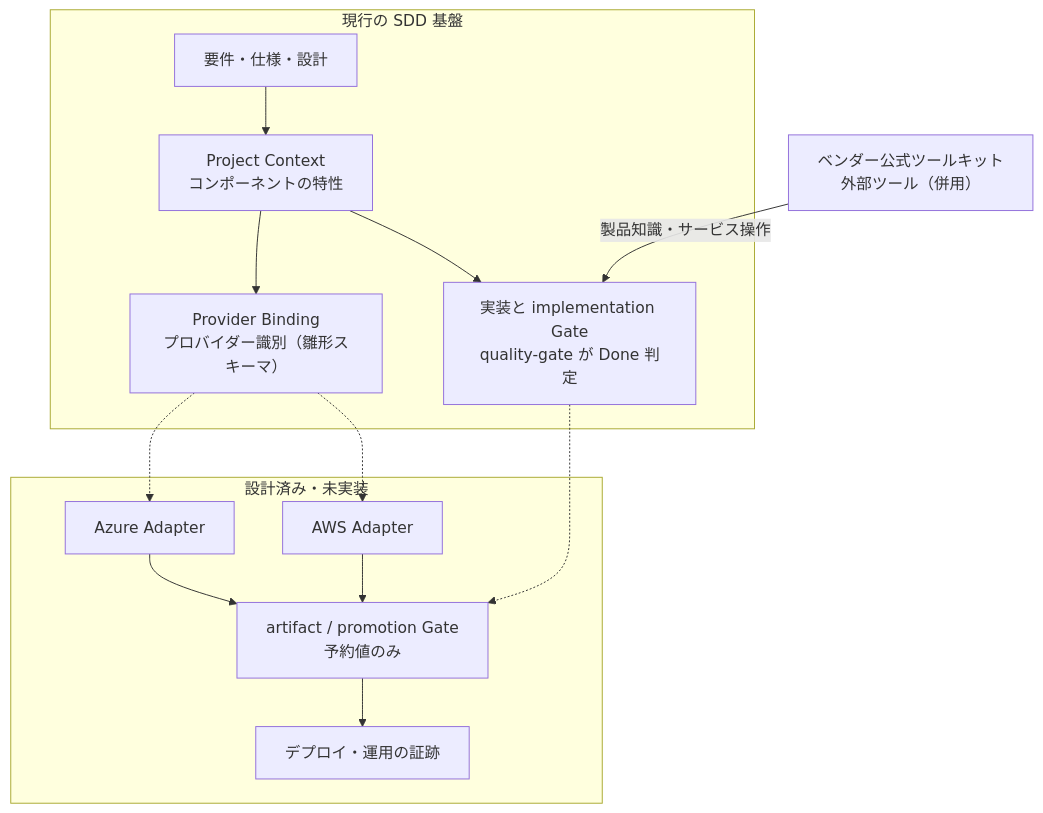
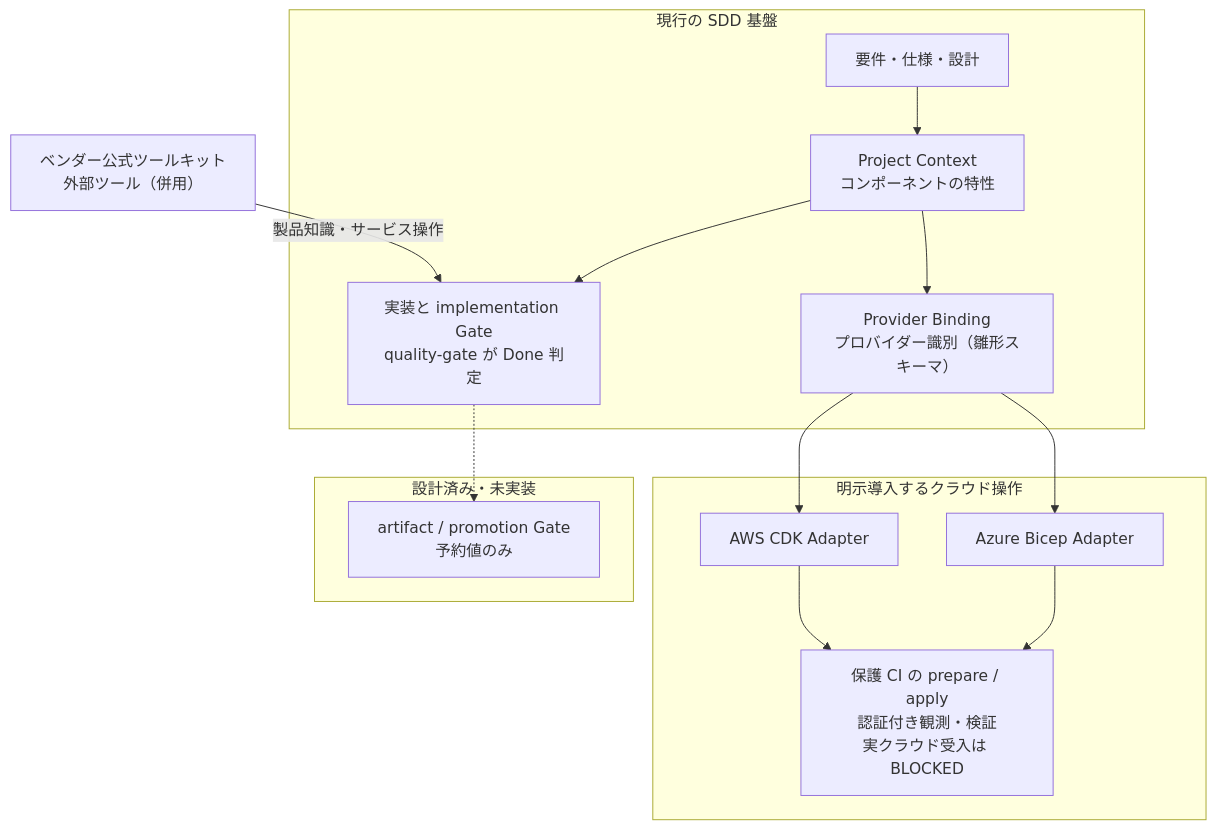
Before and after one commit to aharada54914/sdd-forge: the first of 2 diagrams in docs/cloud/README.md, drawn with Mermaid. The commit also changed other lines of this file and 206 other files, not shown here.

First line of the commit message:
fix: restore Azure and AWS orchestration for v1.22.1

````diff
--- a/docs/cloud/README.md
+++ b/docs/cloud/README.md
@@ -30,25 +33,26 @@
 ```mermaid
 flowchart TB
     subgraph CORE["現行の SDD 基盤"]
         A["要件・仕様・設計"]
         B["Project Context<br/>コンポーネントの特性"]
         C["実装と implementation Gate<br/>quality-gate が Done 判定"]
         D["Provider Binding<br/>プロバイダー識別（雛形スキーマ）"]
         A --> B --> C
         B --> D
     end
     V["ベンダー公式ツールキット<br/>外部ツール（併用）"]
+    subgraph CLOUD["明示導入するクラウド操作"]
+        E["Azure Bicep Adapter"]
+        F["AWS CDK Adapter"]
+        H["保護 CI の prepare / apply<br/>認証付き観測・検証<br/>実クラウド受入は BLOCKED"]
+        E --> H
+        F --> H
+    end
     subgraph PLAN["設計済み・未実装"]
-        E["Azure Adapter"]
-        F["AWS Adapter"]
         G["artifact / promotion Gate<br/>予約値のみ"]
-        H["デプロイ・運用の証跡"]
-        E --> G
-        F --> G
-        G --> H
     end
-    D -.-> E
-    D -.-> F
+    D --> E
+    D --> F
     C -.-> G
     V -->|"製品知識・サービス操作"| C
 ```
````
